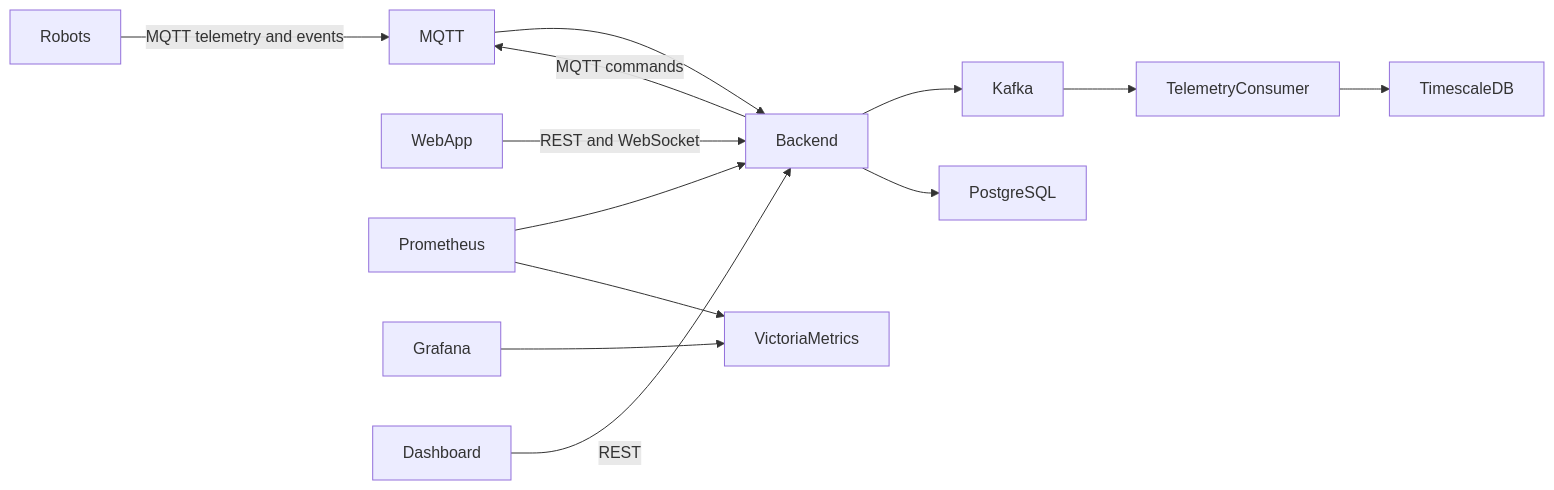
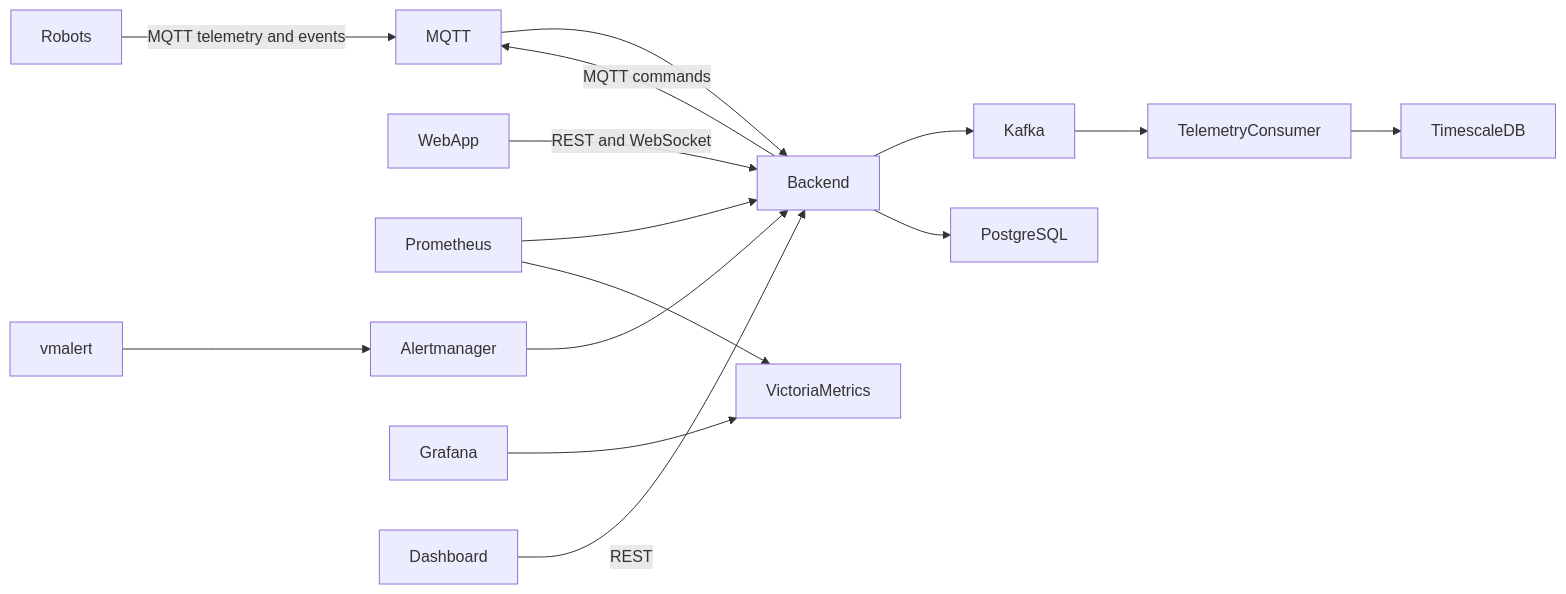
Before and after one commit to satr/robot-fleet: the diagram in README.md, drawn with Mermaid. The commit also changed other lines of this file and 5 other files, not shown here.

````diff
--- a/README.md
+++ b/README.md
@@ -9,15 +9,17 @@
 ```mermaid
 flowchart LR
     Robots -->|MQTT telemetry and events| MQTT
     Backend -->|MQTT commands| MQTT
     MQTT --> Backend
     Backend --> Kafka
     Backend --> PostgreSQL
     Kafka --> TelemetryConsumer
     TelemetryConsumer --> TimescaleDB
     WebApp -->|REST and WebSocket| Backend
     Prometheus --> Backend
     Prometheus --> VictoriaMetrics
+    vmalert --> Alertmanager
+    Alertmanager --> Backend
     Grafana --> VictoriaMetrics
     Dashboard -->|REST| Backend
 ```
````
